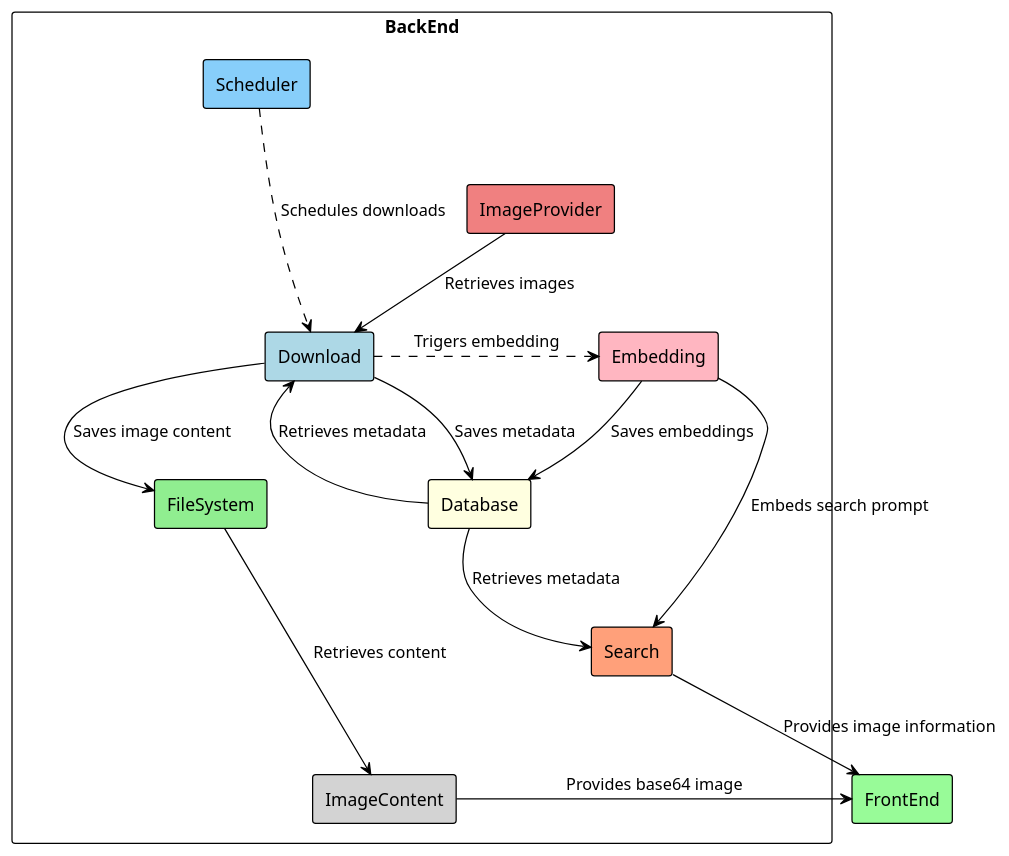
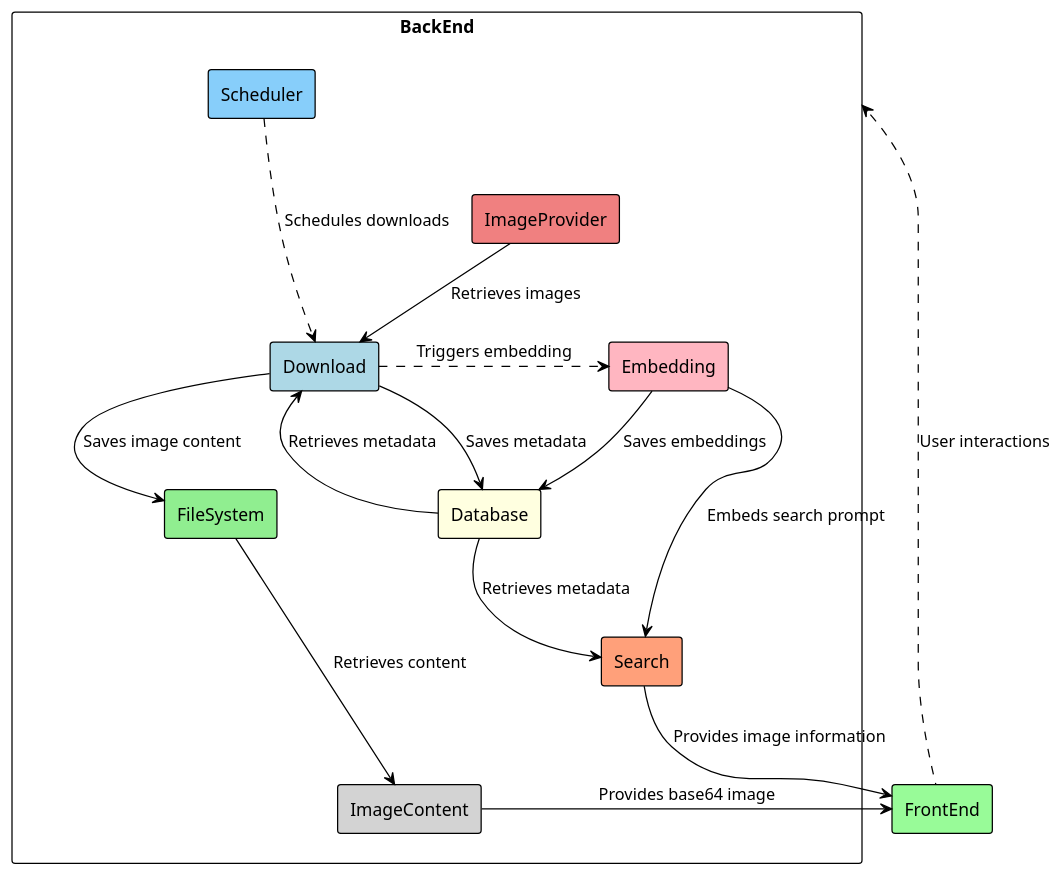
Before and after one commit to JomarJunior/miraveja: the diagram in docs/blocks-diagram.puml, drawn with PlantUML. The commit also changed 2 other files, not shown here.

Commit message:
Update diagrams for MiraVeja project: increment version, fix typos, and enhance relationships

```diff
--- a/docs/blocks-diagram.puml
+++ b/docs/blocks-diagram.puml
@@ -1,35 +1,37 @@
-@startuml "MiraVeja - Block Diagram v0.0.0"
+@startuml "MiraVeja - Block Diagram v0.0.1"
 !theme plain
 
 rectangle "FrontEnd" as FE #PaleGreen
 
 rectangle "BackEnd" as BE {
     rectangle "Download" as download #LightBlue
     rectangle "FileSystem" as filesystem #LightGreen
     rectangle "Database" as database #LightYellow
     rectangle "ImageProvider" as imageprovider #LightCoral
     rectangle "Scheduler" as scheduler #LightSkyBlue
     rectangle "Embedding" as embedding #LightPink
     rectangle "ImageContent" as content #LightGray
     rectangle "Search" as search #LightSalmon
 
     scheduler .d..> download : "Schedules downloads"
     imageprovider -d-> download : "Retrieves images"
     
     download -d-> database : "Saves metadata"
     database -u-> download : "Retrieves metadata"
 
     download -d-> filesystem : "Saves image content"
 
-    download .r.> embedding : "Trigers embedding"
+    download .r.> embedding : "Triggers embedding"
     embedding -d-> database : "Saves embeddings"
 
     database -d-> search : "Retrieves metadata"
     filesystem --d-> content : "Retrieves content"
     embedding -d-> search : "Embeds search prompt"
 
     content -r-> FE : "Provides base64 image"
     search -r-> FE : "Provides image information"
+
+    FE .u.> BE : "User interactions"
 }
 
 @enduml
```
